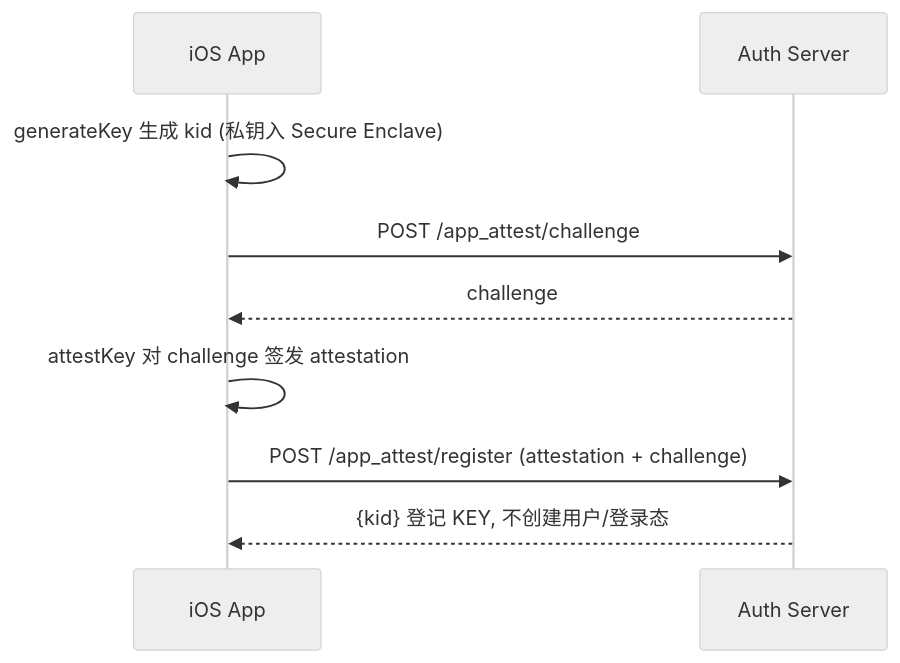
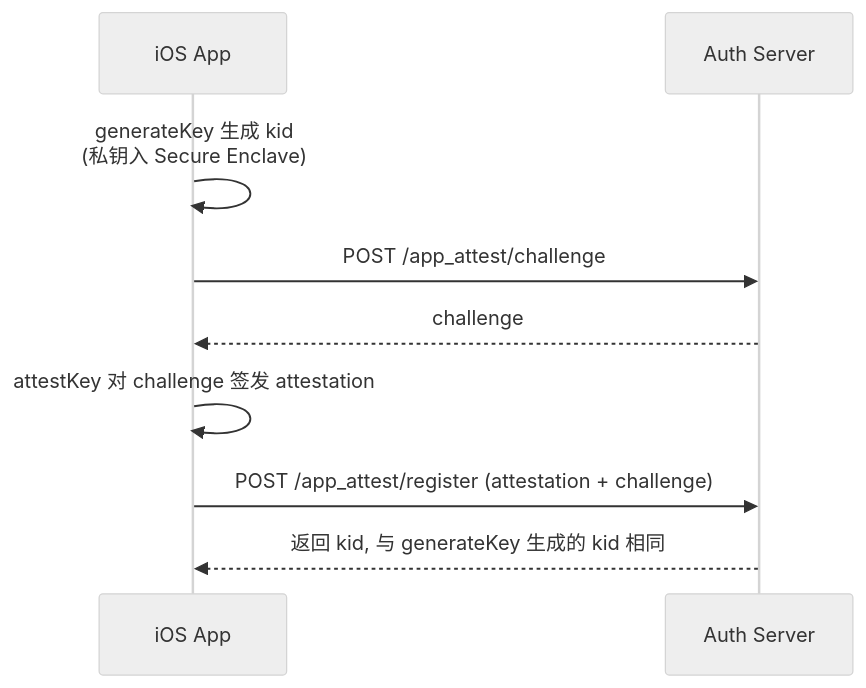
The second of 6 diagrams in user-center/doc/apis/zh-cn/app-attest-login/v2/App-Attest-Login.md (euler-projects/demo), drawn with Mermaid (neutral theme) before and after one commit. The commit also changed other lines of this file, not shown here.

Commit message:
docs(app-attest): rework login docs

````diff
--- a/user-center/doc/apis/zh-cn/app-attest-login/v2/App-Attest-Login.md
+++ b/user-center/doc/apis/zh-cn/app-attest-login/v2/App-Attest-Login.md
@@ -118,11 +123,11 @@
 ```mermaid
 sequenceDiagram
     participant App as iOS App
     participant Server as Auth Server
-    App->>App: generateKey 生成 kid (私钥入 Secure Enclave)
-    App->>Server: POST /app_attest/challenge
-    Server-->>App: challenge
-    App->>App: attestKey 对 challenge 签发 attestation
-    App->>Server: POST /app_attest/register (attestation + challenge)
-    Server-->>App: {kid} 登记 KEY, 不创建用户/登录态
+    App ->> App: generateKey 生成 kid<br>(私钥入 Secure Enclave)
+    App ->> Server: POST /app_attest/challenge
+    Server -->> App: challenge
+    App ->> App: attestKey 对 challenge 签发 attestation
+    App ->> Server: POST /app_attest/register (attestation + challenge)
+    Server -->> App: 返回 kid, 与 generateKey 生成的 kid 相同
 ```
````
